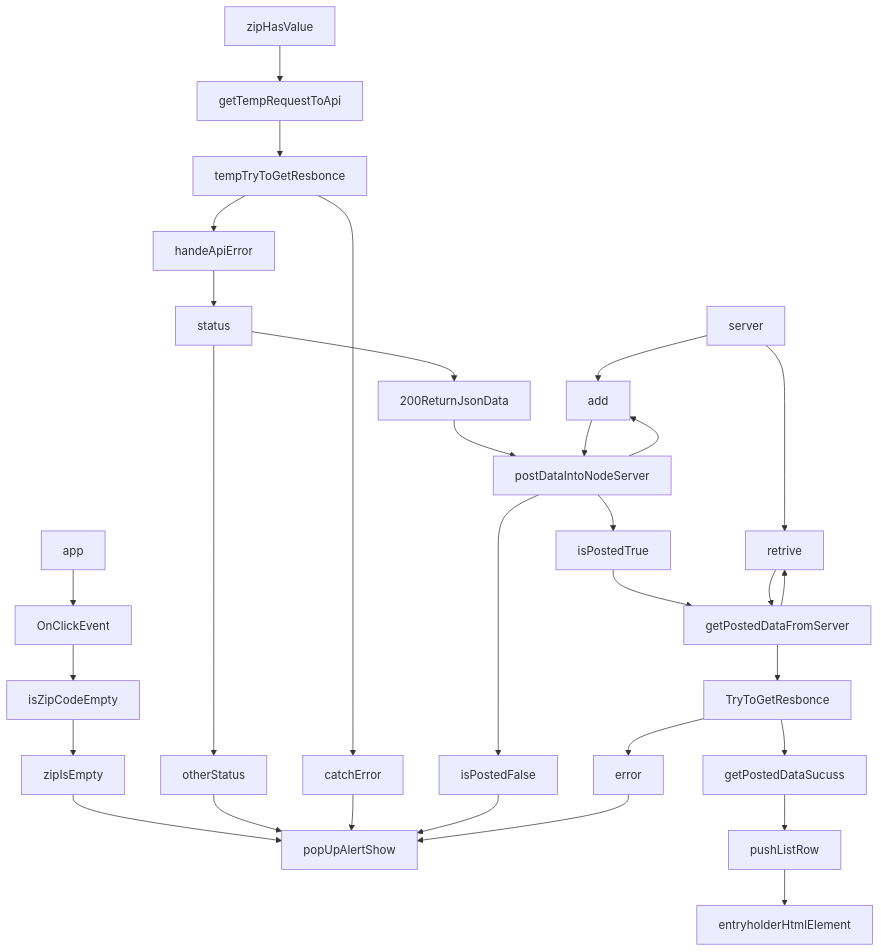
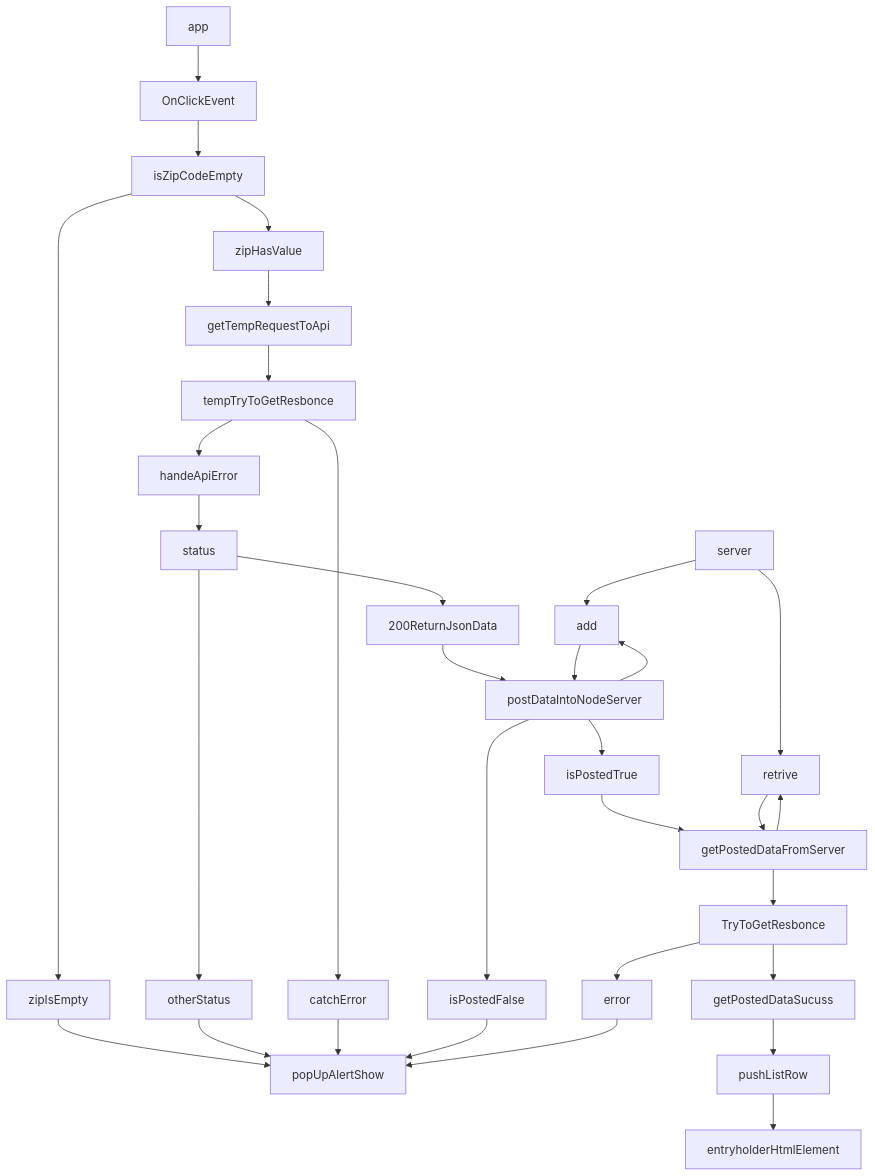
One commit to Ftohtarek/Udacity-Project changed the second of 2 diagrams in weather-journal-app/README.md. Above: the diagram before and after it, drawn with Mermaid.

Commit message:
add readme discriptiton

````diff
--- a/weather-journal-app/README.md
+++ b/weather-journal-app/README.md
@@ -21,17 +21,17 @@
 ```mermaid
 graph TD;
 server-->retrive;
 server-->add;
 app-->OnClickEvent;
 OnClickEvent-->isZipCodeEmpty-->zipIsEmpty-->popUpAlertShow;
-zipHasValue-->getTempRequestToApi;
+isZipCodeEmpty-->zipHasValue-->getTempRequestToApi;
 getTempRequestToApi-->tempTryToGetResbonce-->handeApiError-->status-->200ReturnJsonData;
 status-->otherStatus-->popUpAlertShow;
 tempTryToGetResbonce-->catchError-->popUpAlertShow;
 200ReturnJsonData-->postDataIntoNodeServer-->add-->postDataIntoNodeServer-->isPostedFalse-->popUpAlertShow;
 postDataIntoNodeServer-->isPostedTrue-->getPostedDataFromServer-->retrive-->getPostedDataFromServer-->
 TryToGetResbonce-->error-->popUpAlertShow;
 TryToGetResbonce-->getPostedDataSucuss-->pushListRow-->entryholderHtmlElement;
 
 
 ```
````
